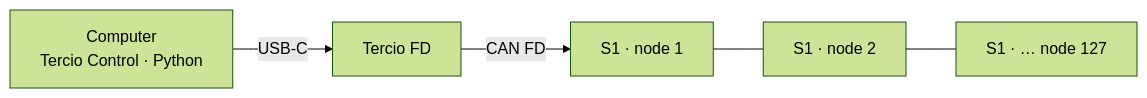
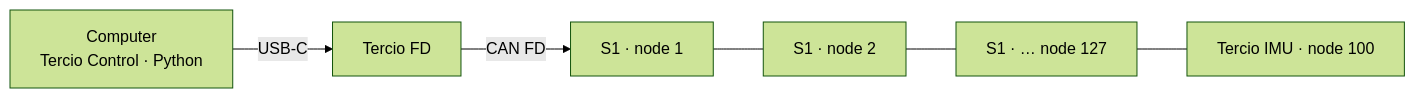
One commit to Kerol-Dev/Tercio-s1 changed the second of 2 diagrams in README.md. Above: the diagram before and after it, drawn with Mermaid (forest theme). The commit also changed other lines of this file and 14 other files, not shown here.

First line of the commit message:
Support the Tercio IMU on protocol v2

````diff
--- a/README.md
+++ b/README.md
@@ -92,7 +92,8 @@
 ```mermaid
 flowchart LR
     HOST["Computer<br/>Tercio Control · Python"] -- "USB-C" --> FD["Tercio FD"]
     FD -- "CAN FD" --> N1["S1 · node 1"]
     N1 --- N2["S1 · node 2"]
     N2 --- N3["S1 · … node 127"]
+    N3 --- IMU["Tercio IMU · node 100"]
 ```
````
